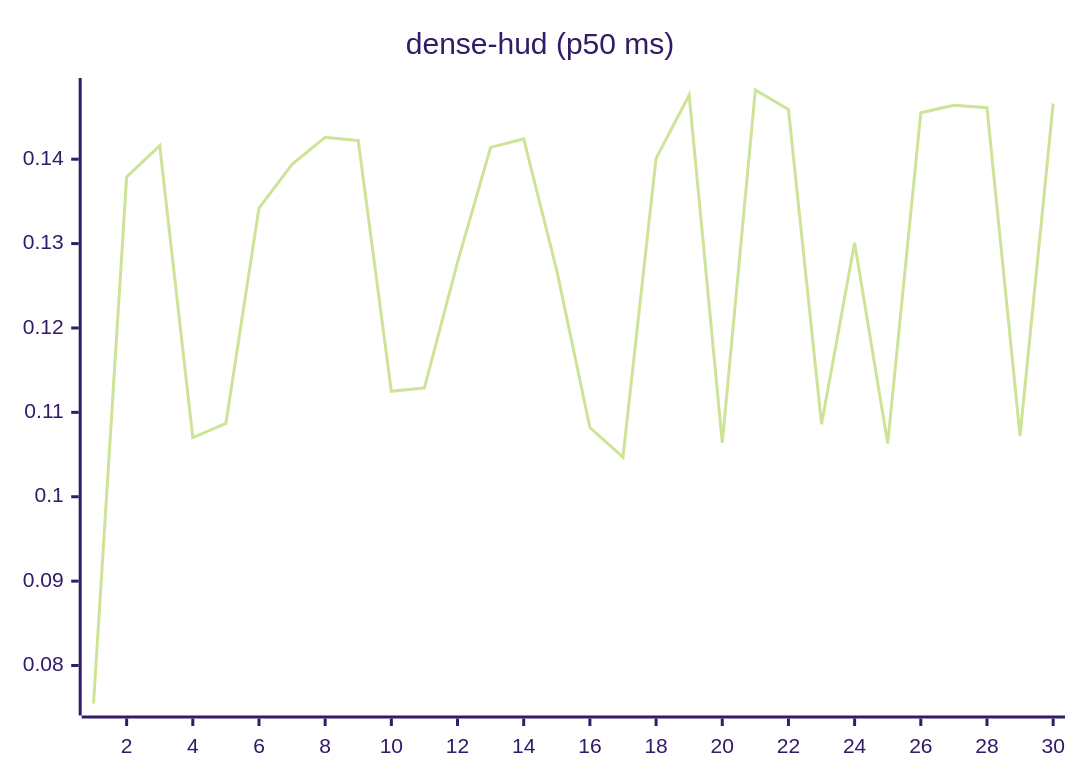
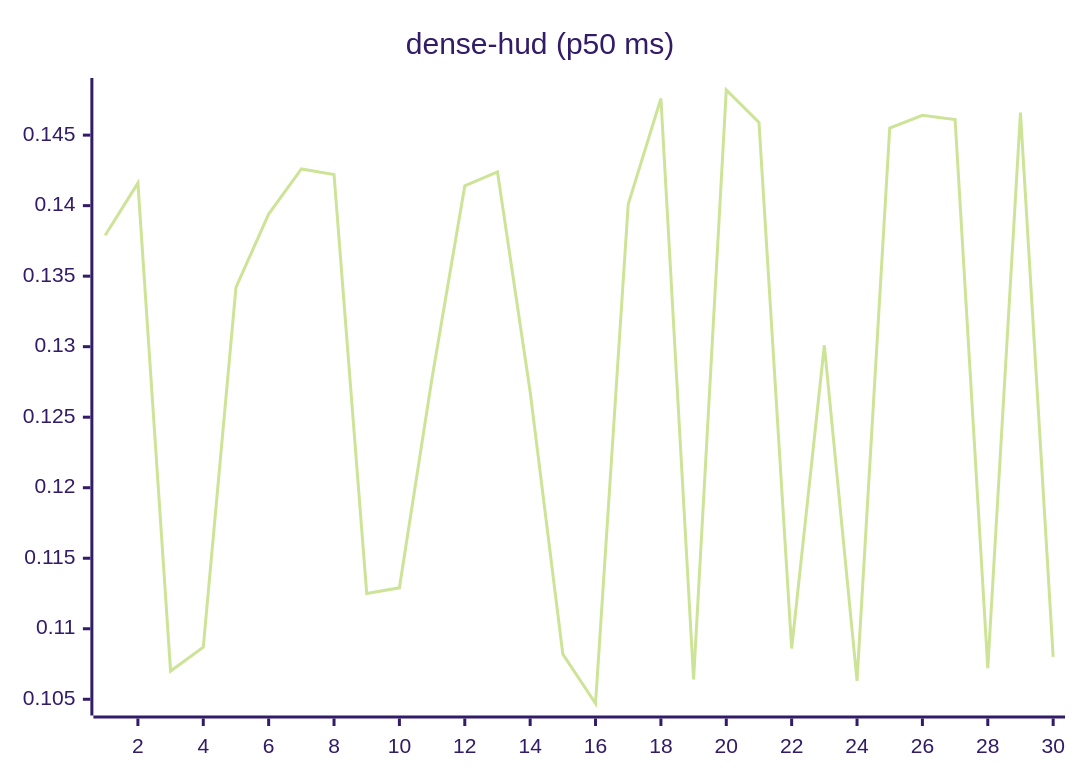
The eighth of 27 diagrams in README.md (josha/Facet), drawn with Mermaid (forest theme) before and after one commit. The commit also changed other lines of this file and 2 other files, not shown here.

````diff
--- a/README.md
+++ b/README.md
@@ -112,6 +112,6 @@
 ```mermaid
 xychart-beta
     title "dense-hud (p50 ms)"
     x-axis 1 --> 30
-    line [0.0755, 0.1379, 0.1416, 0.1070, 0.1087, 0.1342, 0.1394, 0.1426, 0.1422, 0.1125, 0.1129, 0.1278, 0.1414, 0.1424, 0.1268, 0.1082, 0.1047, 0.1401, 0.1476, 0.1064, 0.1482, 0.1459, 0.1086, 0.1301, 0.1063, 0.1455, 0.1464, 0.1461, 0.1072, 0.1466]
+    line [0.1379, 0.1416, 0.1070, 0.1087, 0.1342, 0.1394, 0.1426, 0.1422, 0.1125, 0.1129, 0.1278, 0.1414, 0.1424, 0.1268, 0.1082, 0.1047, 0.1401, 0.1476, 0.1064, 0.1482, 0.1459, 0.1086, 0.1301, 0.1063, 0.1455, 0.1464, 0.1461, 0.1072, 0.1466, 0.1080]
 ```
````
